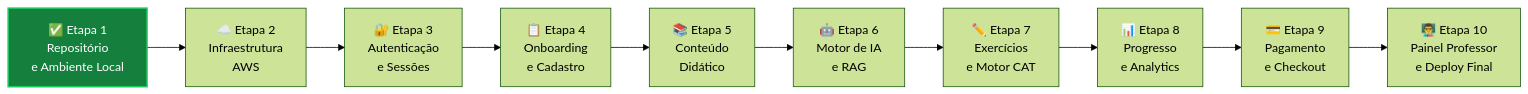
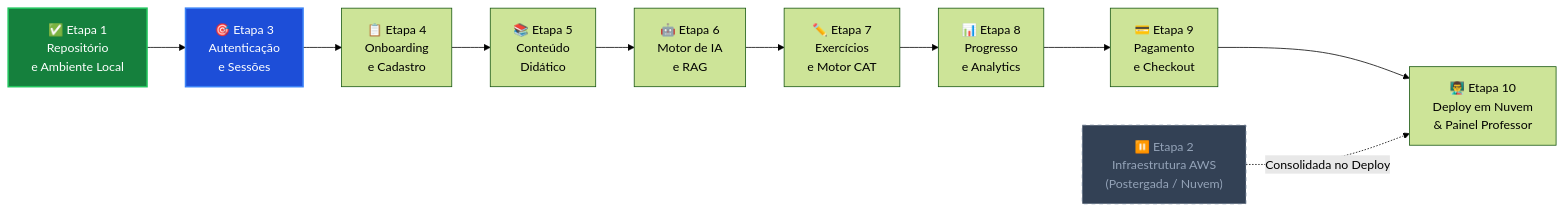
Before and after one commit to SiadeLucas/Tutor-Inteligente: the first of 2 diagrams in docs-site/docs/implementation/index.md, drawn with Mermaid (forest theme). The commit also changed other lines of this file and 2 other files, not shown here.

Commit message:
feat: etapa 02 pulada

````diff
--- a/docs-site/docs/implementation/index.md
+++ b/docs-site/docs/implementation/index.md
@@ -54,17 +54,20 @@
 ```mermaid
 graph LR
     E1["✅ Etapa 1\nRepositório\ne Ambiente Local"]
-    E2["☁️ Etapa 2\nInfraestrutura\nAWS"]
-    E3["🔐 Etapa 3\nAutenticação\ne Sessões"]
+    E2["⏸️ Etapa 2\nInfraestrutura AWS\n(Postergada / Nuvem)"]
+    E3["🎯 Etapa 3\nAutenticação\ne Sessões"]
     E4["📋 Etapa 4\nOnboarding\ne Cadastro"]
     E5["📚 Etapa 5\nConteúdo\nDidático"]
     E6["🤖 Etapa 6\nMotor de IA\ne RAG"]
     E7["✏️ Etapa 7\nExercícios\ne Motor CAT"]
     E8["📊 Etapa 8\nProgresso\ne Analytics"]
     E9["💳 Etapa 9\nPagamento\ne Checkout"]
-    E10["👨‍🏫 Etapa 10\nPainel Professor\ne Deploy Final"]
+    E10["👨‍🏫 Etapa 10\nDeploy em Nuvem\n& Painel Professor"]
 
-    E1 --> E2 --> E3 --> E4 --> E5 --> E6 --> E7 --> E8 --> E9 --> E10
+    E1 --> E3 --> E4 --> E5 --> E6 --> E7 --> E8 --> E9 --> E10
+    E2 -.->|Consolidada no Deploy| E10
 
     style E1 fill:#15803d,stroke:#22c55e,stroke-width:2px,color:#fff
+    style E2 fill:#334155,stroke:#64748b,stroke-dasharray: 5 5,color:#94a3b8
+    style E3 fill:#1d4ed8,stroke:#3b82f6,stroke-width:2px,color:#fff
 ```
````
